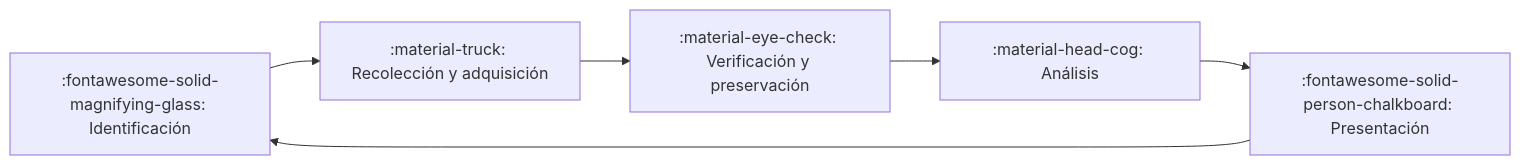
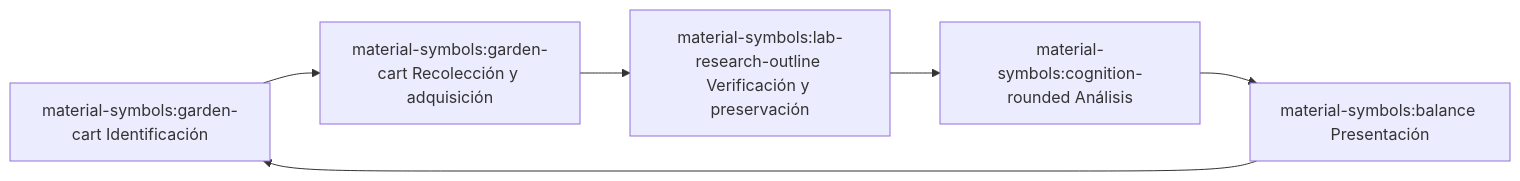
Before and after one commit to bedoyadaniel/forensics: the diagram in docs/es/explainers/01-explainer-introduccion-forense-digital/01-explainer-introduccion-forense-digital.md, drawn with Mermaid. The commit also changed 2 other files, not shown here.

Commit message:
Adding support for icons on mermaid diagrams

````diff
--- a/docs/es/explainers/01-explainer-introduccion-forense-digital/01-explainer-introduccion-forense-digital.md
+++ b/docs/es/explainers/01-explainer-introduccion-forense-digital/01-explainer-introduccion-forense-digital.md
@@ -68,8 +68,8 @@
 ``` mermaid
 graph LR
-  A[:fontawesome-solid-magnifying-glass: Identificación] --> B[:material-truck: Recolección y adquisición];
-  B --> C[:material-eye-check: Verificación y preservación];
-  C --> D[:material-head-cog: Análisis];
-  D --> E[:fontawesome-solid-person-chalkboard: Presentación];
+  A[material-symbols:garden-cart Identificación] --> B[material-symbols:garden-cart Recolección y adquisición];
+  B --> C[material-symbols:lab-research-outline Verificación y preservación];
+  C --> D[material-symbols:cognition-rounded Análisis];
+  D --> E[material-symbols:balance Presentación];
   E --> A;
 ```
````
